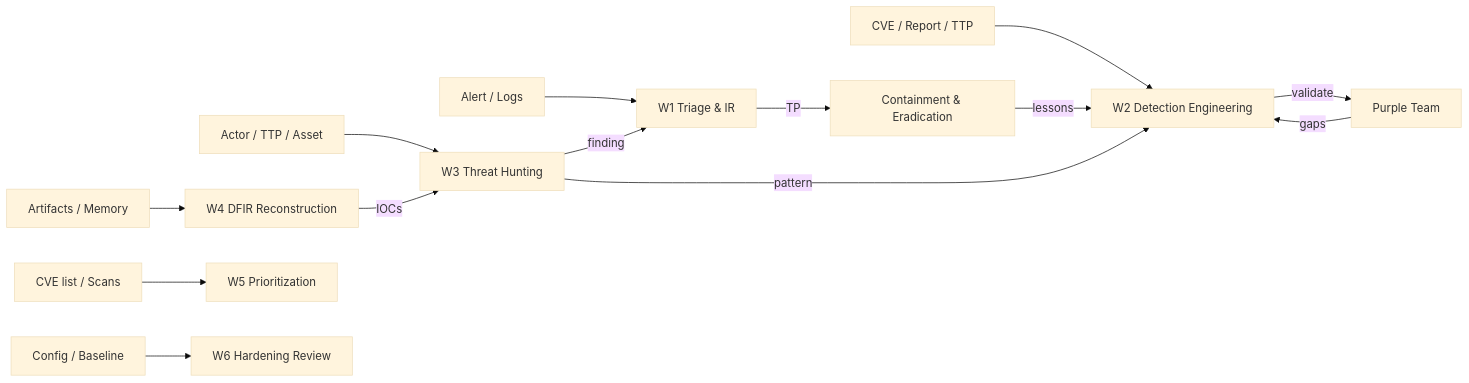
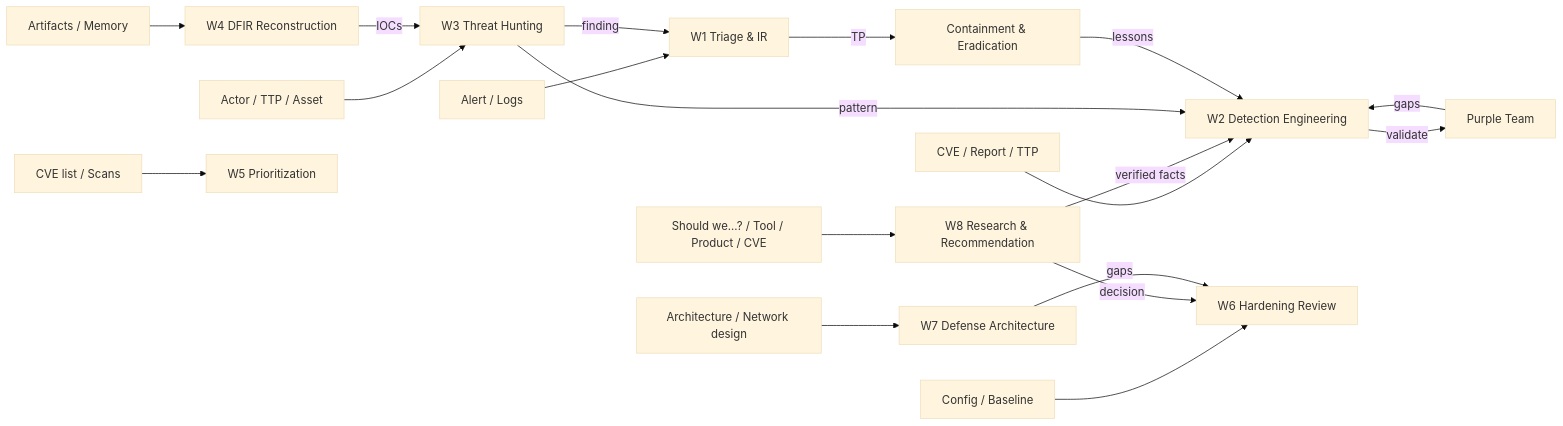
One commit to RaniloJohn/claude-blue changed the second of 2 diagrams in MINDMAP.md. Above: the diagram before and after it, drawn with Mermaid (base theme). The commit also changed other lines of this file and 86 other files, not shown here.

Commit message:
v1.1.0: 150 skills — ATT&CK detection packs, defense model, network security, SIEM/XDR platforms, doc-verified tool skills, research methodology; README rebuilt

````diff
--- a/MINDMAP.md
+++ b/MINDMAP.md
@@ -108,16 +191,21 @@
 ```mermaid
 flowchart LR
     A[Alert / Logs] --> W1[W1 Triage & IR]
     B[CVE / Report / TTP] --> W2[W2 Detection Engineering]
     C[Actor / TTP / Asset] --> W3[W3 Threat Hunting]
     D[Artifacts / Memory] --> W4[W4 DFIR Reconstruction]
     E[CVE list / Scans] --> W5[W5 Prioritization]
     F[Config / Baseline] --> W6[W6 Hardening Review]
+    G[Architecture / Network design] --> W7[W7 Defense Architecture]
+    H[Should we...? / Tool / Product / CVE] --> W8[W8 Research & Recommendation]
+    W8 -->|verified facts| W2
+    W8 -->|decision| W6
+    W7 -->|gaps| W6
     W1 -->|TP| IR[Containment & Eradication]
     W3 -->|finding| W1
     W3 -->|pattern| W2
     W4 -->|IOCs| W3
     IR -->|lessons| W2
     W2 -->|validate| PT[Purple Team]
     PT -->|gaps| W2
 ```
````
